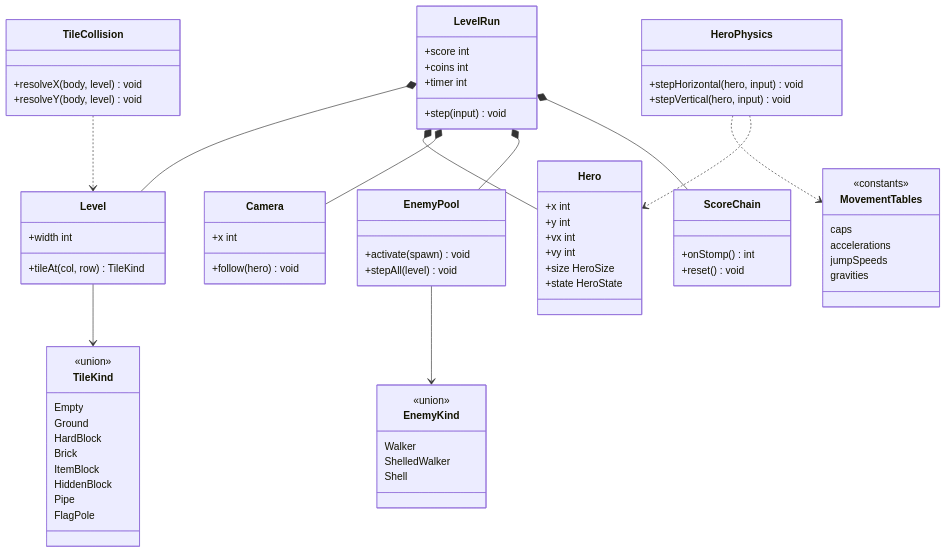
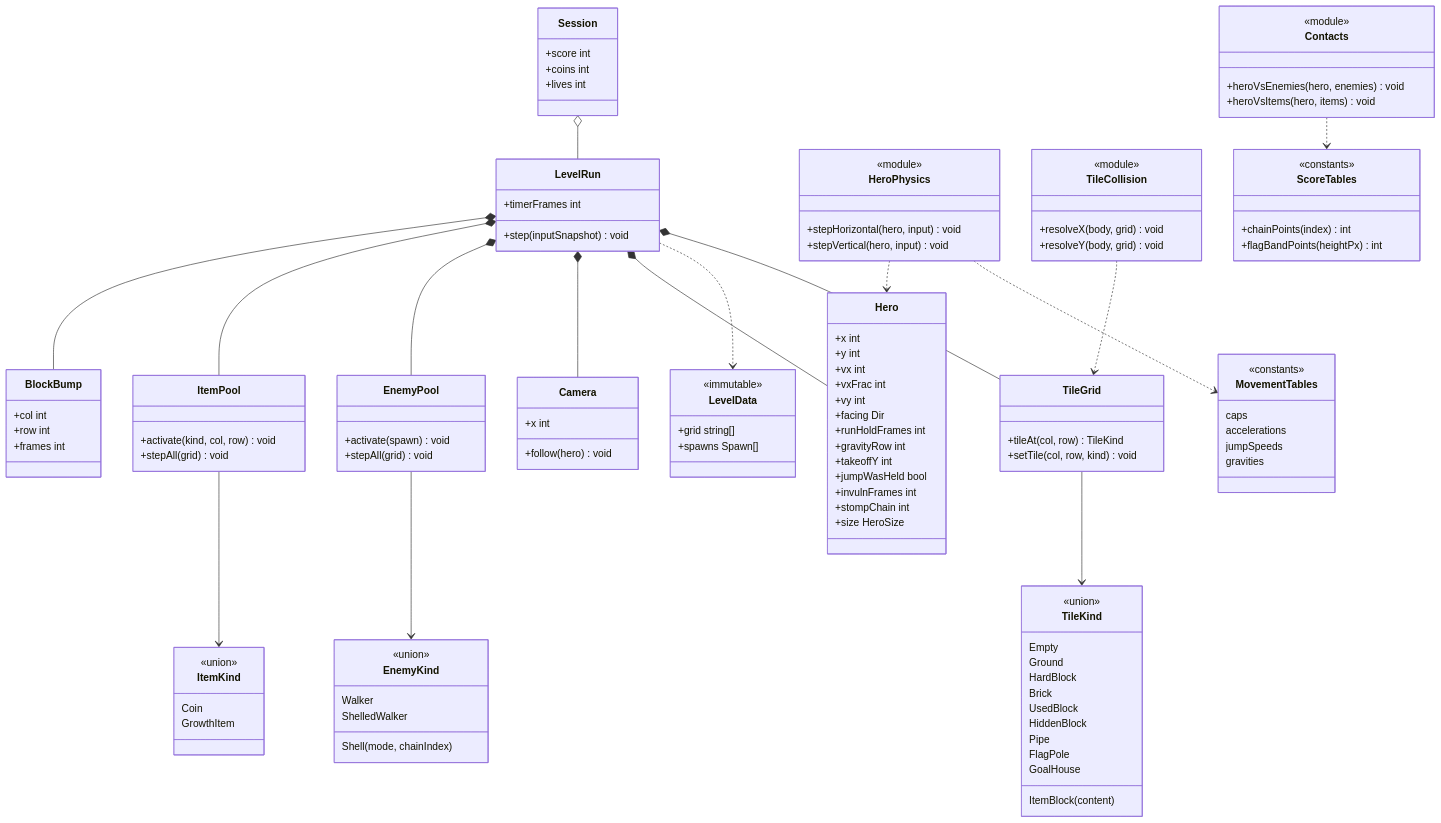
One commit to benoit-bremaud/retro-plumber changed the diagram in docs/architecture/diagrams/gameplay/04-class-domain.md. Above: the diagram before and after it, drawn with Mermaid. The commit also changed other lines of this file and 13 other files, not shown here.

First line of the commit message:
docs(design): apply local review findings to GDD, ADRs and UML

````diff
--- a/docs/architecture/diagrams/gameplay/04-class-domain.md
+++ b/docs/architecture/diagrams/gameplay/04-class-domain.md
@@ -13,14 +13,22 @@
 ```mermaid
 classDiagram
-    class LevelRun {
-        +step(input) void
+    class Session {
         +score int
         +coins int
-        +timer int
+        +lives int
     }
-    class Level {
-        +width int
+    class LevelRun {
+        +timerFrames int
+        +step(inputSnapshot) void
+    }
+    class LevelData {
+        <<immutable>>
+        +grid string[]
+        +spawns Spawn[]
+    }
+    class TileGrid {
         +tileAt(col, row) TileKind
+        +setTile(col, row, kind) void
     }
     class TileKind {
         <<union>>
@@ -28,10 +36,12 @@
         Ground
         HardBlock
         Brick
-        ItemBlock
+        ItemBlock(content)
+        UsedBlock
         HiddenBlock
         Pipe
         FlagPole
+        GoalHouse
     }
     class Camera {
         +x int
@@ -41,9 +51,16 @@
         +x int
         +y int
         +vx int
+        +vxFrac int
         +vy int
+        +facing Dir
+        +runHoldFrames int
+        +gravityRow int
+        +takeoffY int
+        +jumpWasHeld bool
+        +invulnFrames int
+        +stompChain int
         +size HeroSize
-        +state HeroState
     }
     class MovementTables {
         <<constants>>
@@ -53,35 +70,62 @@
         gravities
     }
     class HeroPhysics {
+        <<module>>
         +stepHorizontal(hero, input) void
         +stepVertical(hero, input) void
     }
     class TileCollision {
-        +resolveX(body, level) void
-        +resolveY(body, level) void
+        <<module>>
+        +resolveX(body, grid) void
+        +resolveY(body, grid) void
     }
     class EnemyPool {
         +activate(spawn) void
-        +stepAll(level) void
+        +stepAll(grid) void
     }
     class EnemyKind {
         <<union>>
         Walker
         ShelledWalker
-        Shell
+        Shell(mode, chainIndex)
     }
-    class ScoreChain {
-        +onStomp() int
-        +reset() void
+    class ItemPool {
+        +activate(kind, col, row) void
+        +stepAll(grid) void
     }
-    LevelRun *-- Level
+    class ItemKind {
+        <<union>>
+        Coin
+        GrowthItem
+    }
+    class BlockBump {
+        +col int
+        +row int
+        +frames int
+    }
+    class Contacts {
+        <<module>>
+        +heroVsEnemies(hero, enemies) void
+        +heroVsItems(hero, items) void
+    }
+    class ScoreTables {
+        <<constants>>
+        +chainPoints(index) int
+        +flagBandPoints(heightPx) int
+    }
+    Session o-- LevelRun
+    LevelRun *-- TileGrid
+    LevelRun ..> LevelData
     LevelRun *-- Hero
     LevelRun *-- Camera
     LevelRun *-- EnemyPool
-    LevelRun *-- ScoreChain
-    Level --> TileKind
+    LevelRun *-- ItemPool
+    LevelRun *-- BlockBump
+    TileGrid --> TileKind
     HeroPhysics ..> MovementTables
     HeroPhysics ..> Hero
-    TileCollision ..> Level
+    TileCollision ..> TileGrid
+    Contacts ..> ScoreTables
     EnemyPool --> EnemyKind
+    ItemPool --> ItemKind
 ```
````
